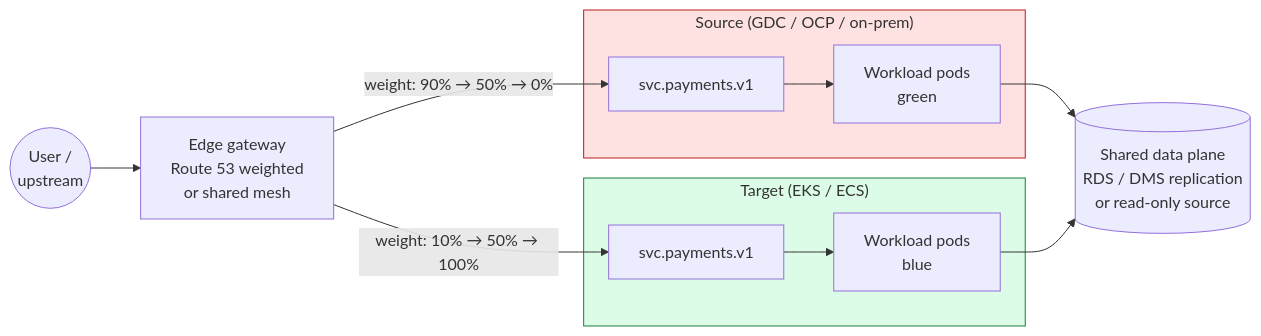
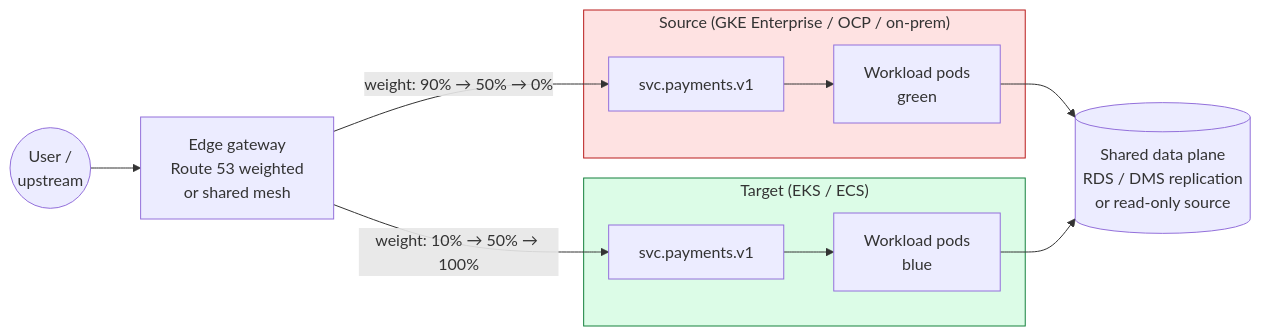
One commit to snese/agentic-container-migration-framework changed the fourth of 4 diagrams in docs/architecture/diagrams.md. Above: the diagram before and after it, drawn with Mermaid. The commit also changed other lines of this file, not shown here.

Commit message:
fix(final-sweep): diagrams.md — GDC→GKE Enterprise, remove App Runner node, ECS Fargate→ECS

````diff
--- a/docs/architecture/diagrams.md
+++ b/docs/architecture/diagrams.md
@@ -134,28 +131,28 @@
 ```mermaid
 flowchart LR
     U((User /<br/>upstream)) --> GW[Edge gateway<br/>Route 53 weighted<br/>or shared mesh]
 
-    subgraph SRC2["Source (GDC / OCP / on-prem)"]
+    subgraph SRC2["Source (GKE Enterprise / OCP / on-prem)"]
         SVC1[svc.payments.v1]
         WL1[Workload pods<br/>green]
         SVC1 --> WL1
     end
 
     subgraph TGT2["Target (EKS / ECS)"]
         SVC2[svc.payments.v1]
         WL2[Workload pods<br/>blue]
         SVC2 --> WL2
     end
 
     GW -- "weight: 90% → 50% → 0%" --> SVC1
     GW -- "weight: 10% → 50% → 100%" --> SVC2
 
     DB[(Shared data plane<br/>RDS / DMS replication<br/>or read-only source)]
     WL1 --> DB
     WL2 --> DB
 
     classDef src fill:#fee2e2,stroke:#b91c1c;
     classDef tgt fill:#dcfce7,stroke:#15803d;
     class SRC2 src;
     class TGT2 tgt;
 ```
````
